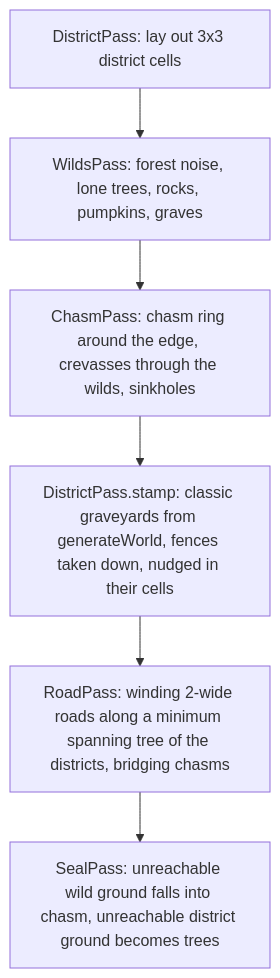
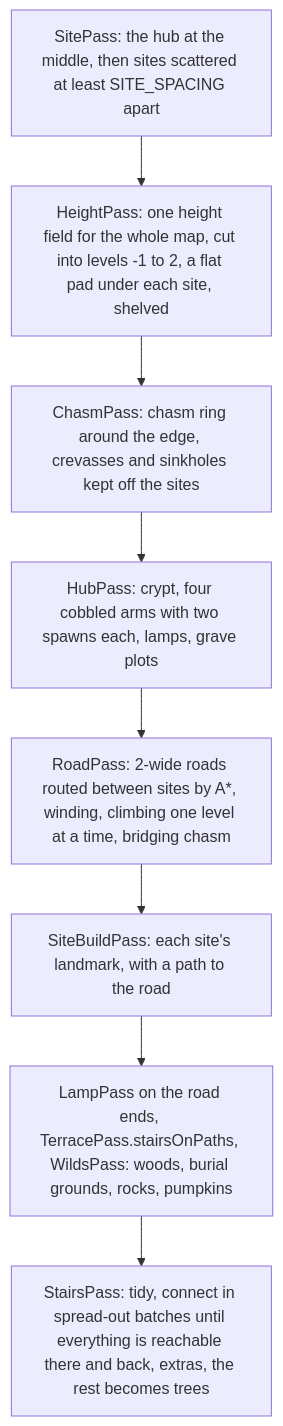
One commit to andyruwruw/grave-robbers changed the second of 2 diagrams in docs/world.md. Above: the diagram before and after it, drawn with Mermaid. The commit also changed other lines of this file and 772 other files, not shown here.

````diff
--- a/docs/world.md
+++ b/docs/world.md
@@ -88,8 +90,10 @@
 ```mermaid
 flowchart TD
-  A[DistrictPass: lay out 3x3 district cells] --> B[WildsPass: forest noise, lone trees, rocks, pumpkins, graves]
-  B --> C[ChasmPass: chasm ring around the edge, crevasses through the wilds, sinkholes]
-  C --> S[DistrictPass.stamp: classic graveyards from generateWorld, fences taken down, nudged in their cells]
-  S --> D[RoadPass: winding 2-wide roads along a minimum spanning tree of the districts, bridging chasms]
-  D --> E[SealPass: unreachable wild ground falls into chasm, unreachable district ground becomes trees]
+  A[SitePass: the hub at the middle, then sites scattered at least SITE_SPACING apart] --> B[HeightPass: one height field for the whole map, cut into levels -1 to 2, a flat pad under each site, shelved]
+  B --> C[ChasmPass: chasm ring around the edge, crevasses and sinkholes kept off the sites]
+  C --> H[HubPass: crypt, four cobbled arms with two spawns each, lamps, grave plots]
+  H --> D[RoadPass: 2-wide roads routed between sites by A*, winding, climbing one level at a time, bridging chasm]
+  D --> S[SiteBuildPass: each site's landmark, with a path to the road]
+  S --> L[LampPass on the road ends, TerracePass.stairsOnPaths, WildsPass: woods, burial grounds, rocks, pumpkins]
+  L --> G[StairsPass: tidy, connect in spread-out batches until everything is reachable there and back, extras, the rest becomes trees]
 ```
````
